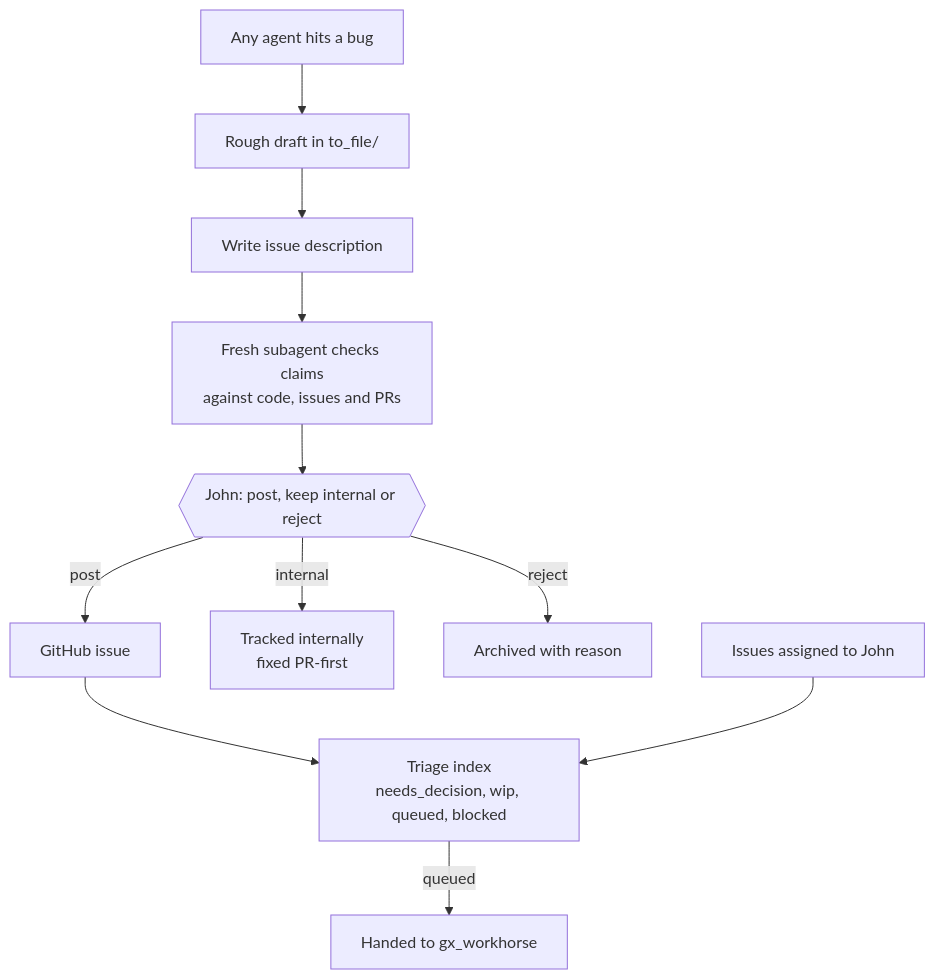
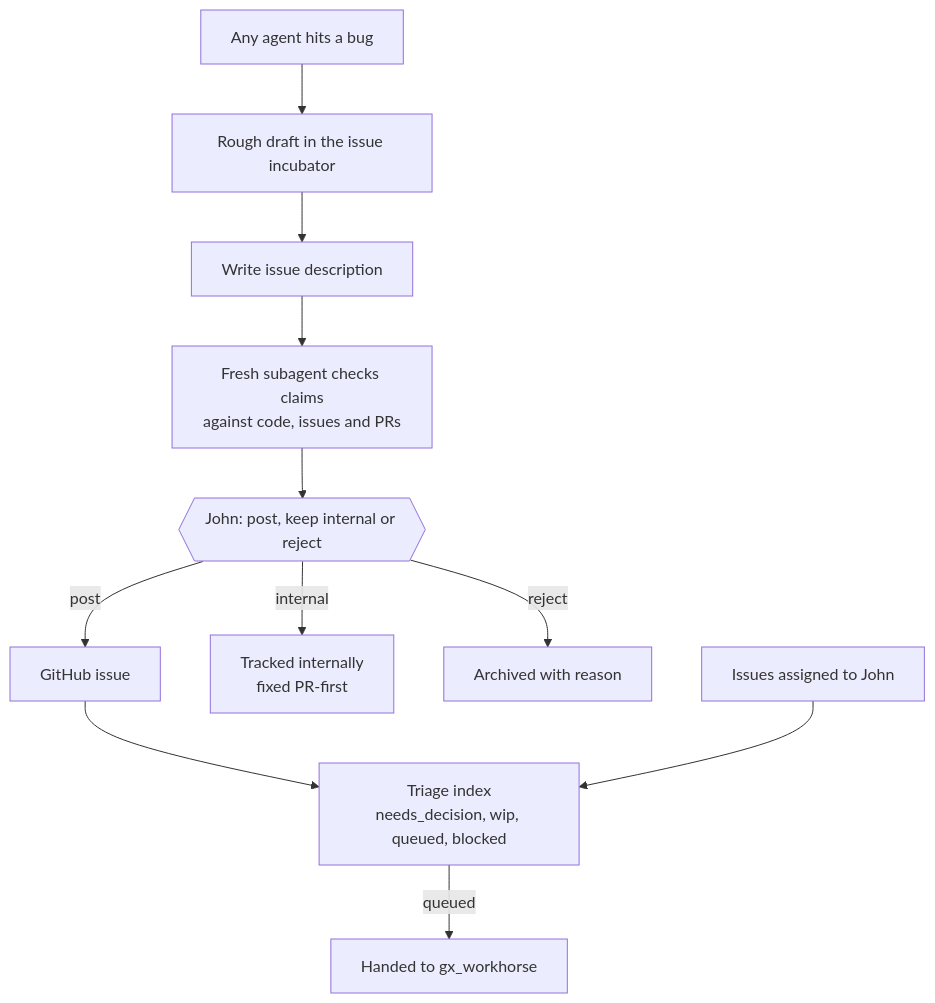
The second of 4 diagrams in vault/agents/factory/BRANCH_FACTORY.md (jmchilton/galaxy-brain), drawn with Mermaid before and after one commit. The commit also changed other lines of this file and 2 other files, not shown here.

Commit message:
Factory docs: point issue queue at issues_incubator

````diff
--- a/vault/agents/factory/BRANCH_FACTORY.md
+++ b/vault/agents/factory/BRANCH_FACTORY.md
@@ -32,13 +32,13 @@
 ```mermaid
 flowchart TD
-  A["Any agent hits a bug"] --> Q["Rough draft in to_file/"]
+  A["Any agent hits a bug"] --> Q["Rough draft in the issue incubator"]
   Q --> D["Write issue description"]
   D --> R["Fresh subagent checks claims<br/>against code, issues and PRs"]
   R --> J{{"John: post, keep internal or reject"}}
   J -->|post| G["GitHub issue"]
   J -->|internal| N["Tracked internally<br/>fixed PR-first"]
   J -->|reject| O["Archived with reason"]
   G --> T["Triage index<br/>needs_decision, wip, queued, blocked"]
   S["Issues assigned to John"] --> T
   T -->|queued| W["Handed to gx_workhorse"]
 ```
````
